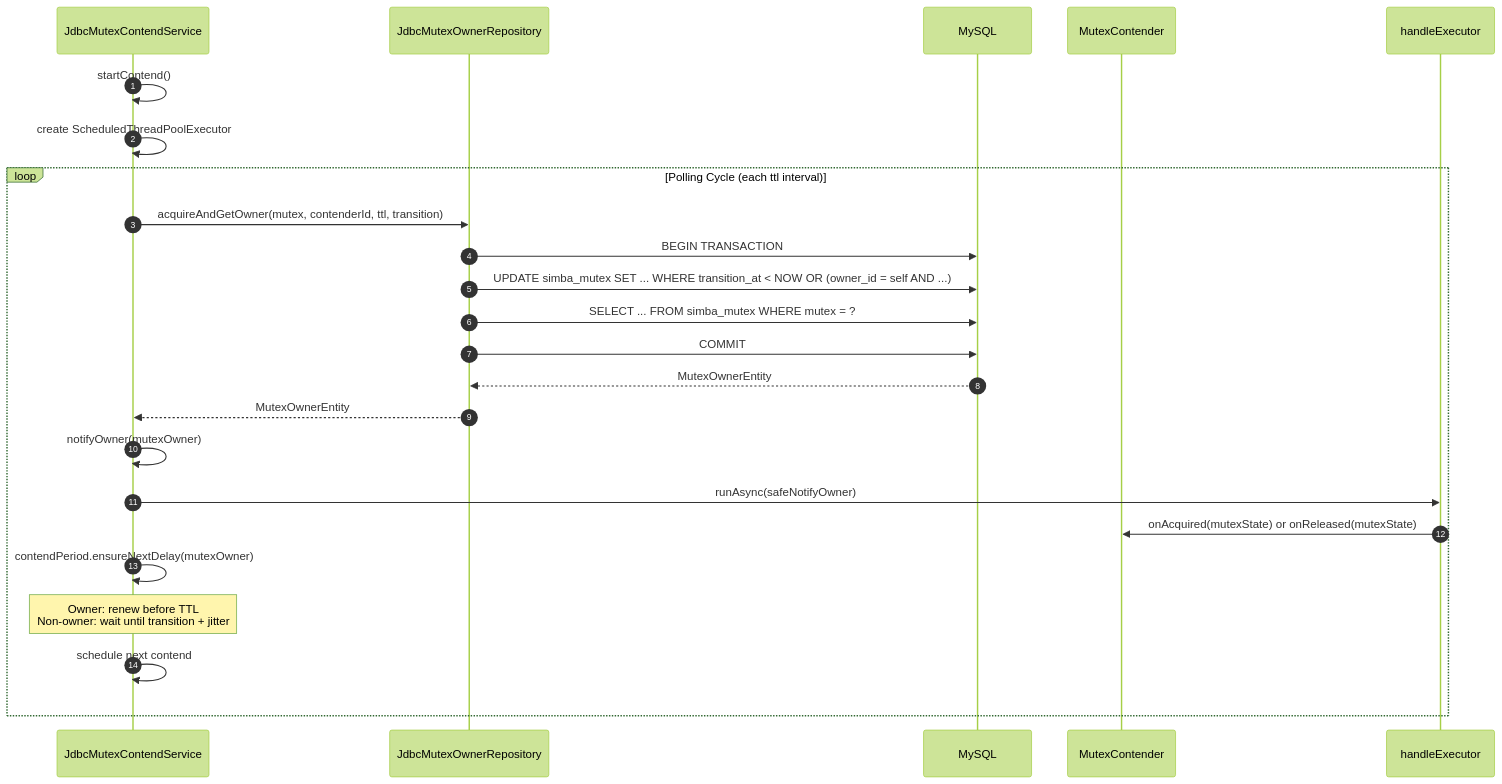
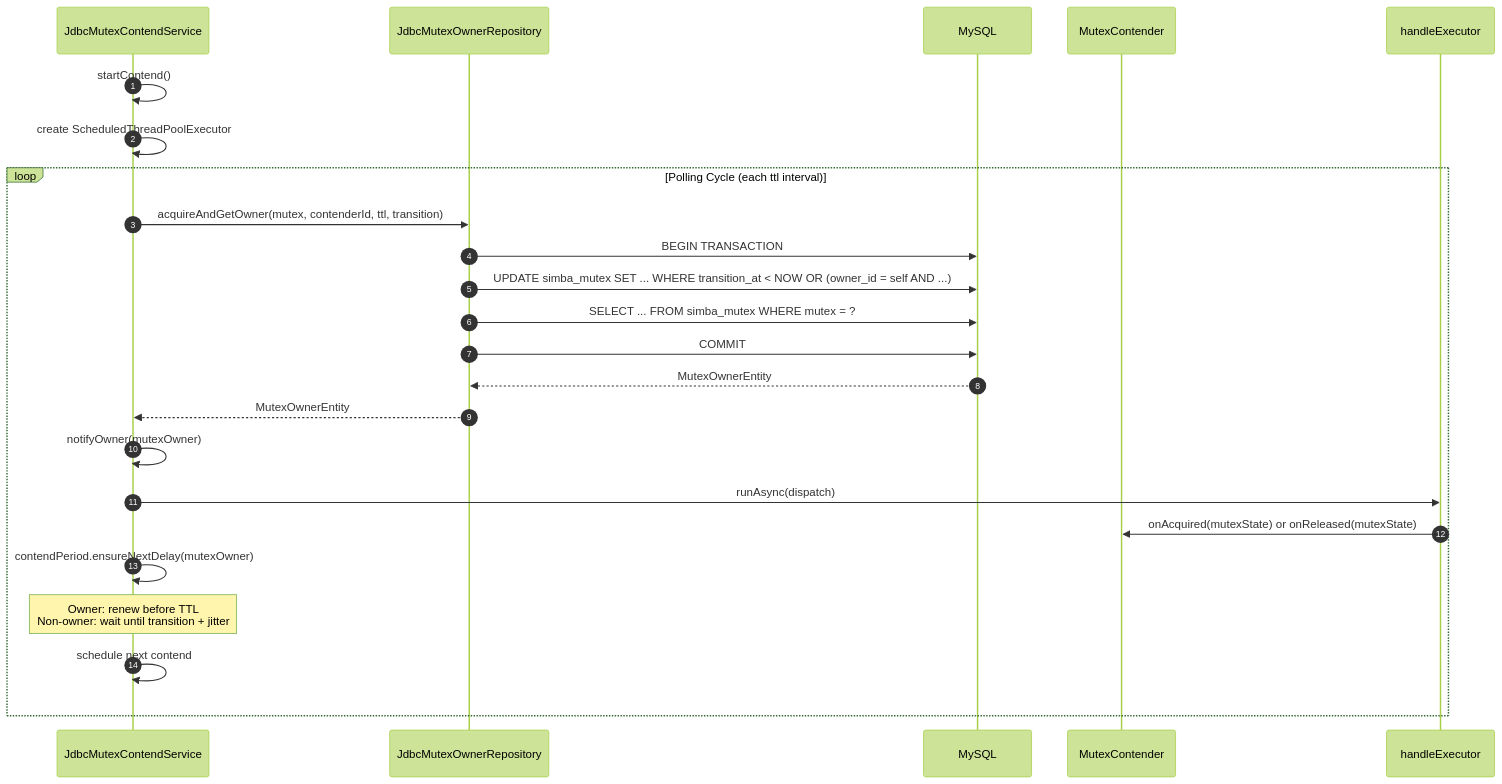
The second of 2 diagrams in wiki/modules/simba-jdbc.md (Ahoo-Wang/Simba), drawn with Mermaid (forest theme) before and after one commit. The commit also changed 15 other files, not shown here.

First line of the commit message:
refactor(core)!: run owner callbacks outside the state lock (#556)

````diff
--- a/wiki/modules/simba-jdbc.md
+++ b/wiki/modules/simba-jdbc.md
@@ -180,30 +180,30 @@
 ```mermaid
 sequenceDiagram
 autonumber
     participant Service as JdbcMutexContendService
     participant Repo as JdbcMutexOwnerRepository
     participant DB as MySQL
     participant Contender as MutexContender
     participant Executor as handleExecutor
 
     Service->>Service: startContend()
     Service->>Service: create ScheduledThreadPoolExecutor
 
     loop Polling Cycle (each ttl interval)
         Service->>Repo: acquireAndGetOwner(mutex, contenderId, ttl, transition)
         Repo->>DB: BEGIN TRANSACTION
         Repo->>DB: UPDATE simba_mutex SET ... WHERE transition_at < NOW OR (owner_id = self AND ...)
         Repo->>DB: SELECT ... FROM simba_mutex WHERE mutex = ?
         Repo->>DB: COMMIT
         DB-->>Repo: MutexOwnerEntity
         Repo-->>Service: MutexOwnerEntity
 
         Service->>Service: notifyOwner(mutexOwner)
-        Service->>Executor: runAsync(safeNotifyOwner)
+        Service->>Executor: runAsync(dispatch)
         Executor->>Contender: onAcquired(mutexState) or onReleased(mutexState)
 
         Service->>Service: contendPeriod.ensureNextDelay(mutexOwner)
         Note over Service: Owner: renew before TTL<br>Non-owner: wait until transition + jitter
         Service->>Service: schedule next contend
     end
 ```
````
